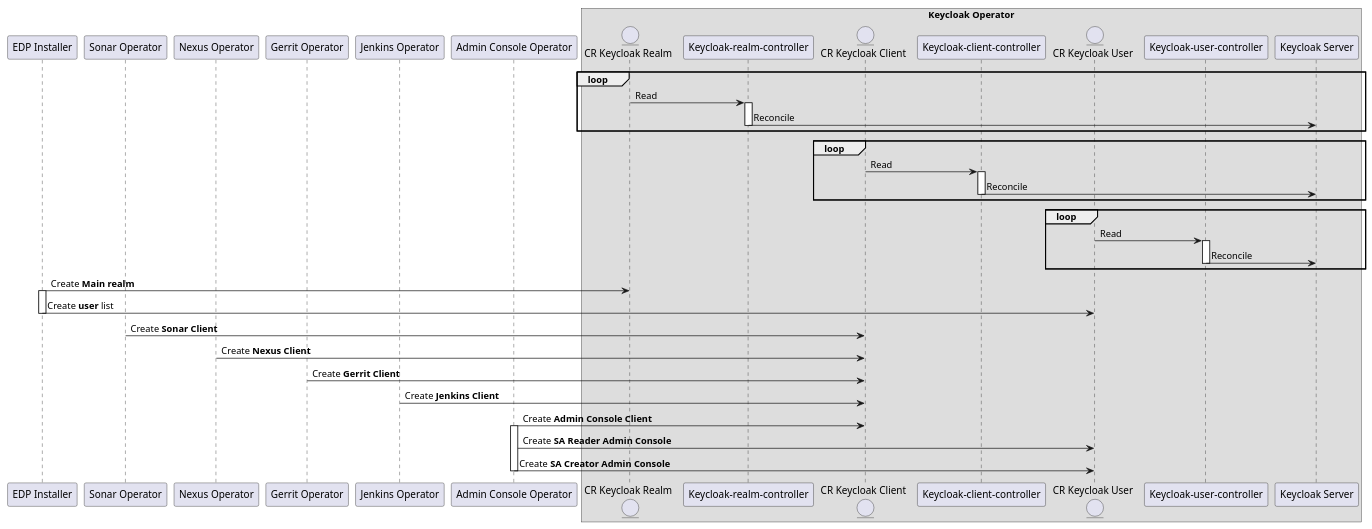
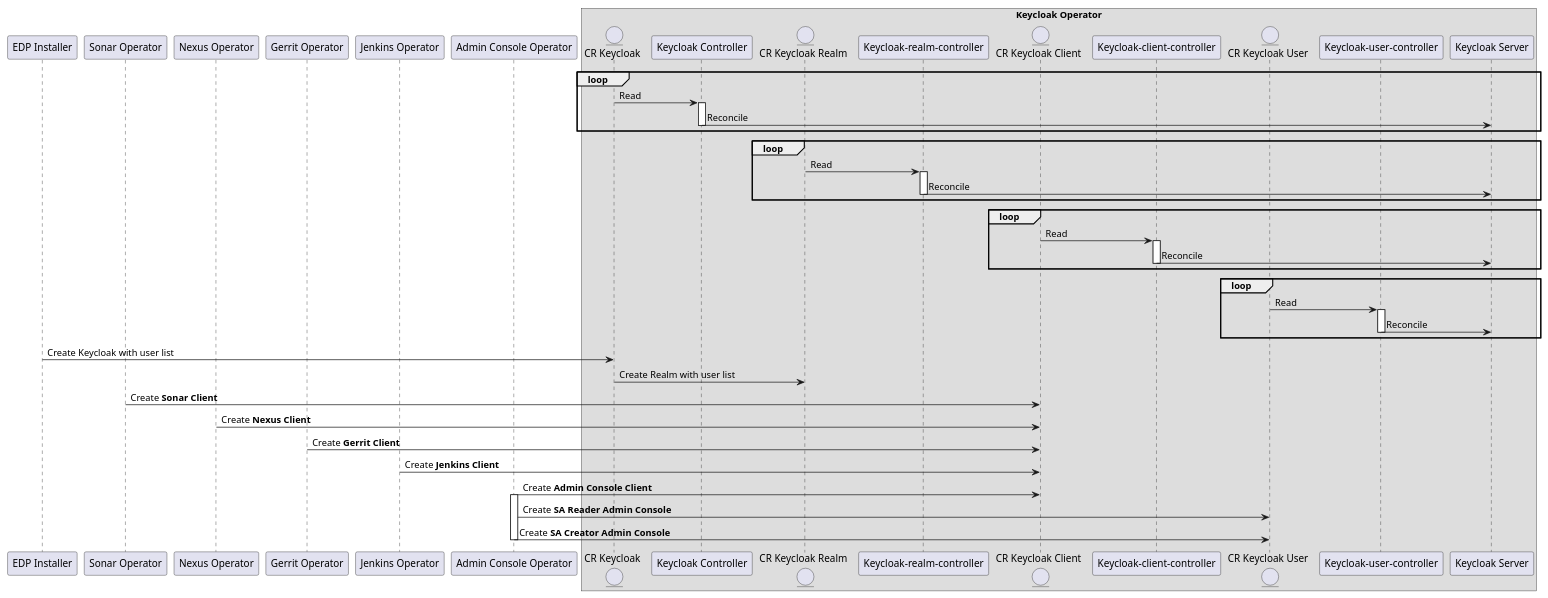
The diagram in module-based-acrhitecture/keycloak/keycloak-integration-to-be-general.puml (epam/edp-architecture), drawn with PlantUML before and after one commit. The commit also changed 1 other file, not shown here.

Commit message:
[EPMDEDP-2931] Add users to Keycloak and Keycloak realm cr

```diff
--- a/module-based-acrhitecture/keycloak/keycloak-integration-to-be-general.puml
+++ b/module-based-acrhitecture/keycloak/keycloak-integration-to-be-general.puml
@@ -1,58 +1,66 @@
 @startuml
 participant "EDP Installer" as edp
 participant "Sonar Operator" as sonar_operator
 participant "Nexus Operator" as nexus_operator
 participant "Gerrit Operator" as gerrit_operator
 participant "Jenkins Operator" as jenkins_operator
 participant "Admin Console Operator" as ac_operator
 
 box "Keycloak Operator"
+entity "CR Keycloak" as cr_keycloak
+participant "Keycloak Controller" as keycloak_controller
 entity "CR Keycloak Realm" as cr_realm
 participant "Keycloak-realm-controller" as keycloak_realm_controller
 entity "CR Keycloak Client" as cr_client
 participant "Keycloak-client-controller" as keycloak_client_controller
 entity "CR Keycloak User" as cr_user
 participant "Keycloak-user-controller" as keycloak_user_controller
 participant "Keycloak Server" as server
 end box
+
+loop
+cr_keycloak -> keycloak_controller: Read
+activate keycloak_controller
+keycloak_controller -> server: Reconcile
+deactivate keycloak_controller
+end
 
 loop
 cr_realm -> keycloak_realm_controller: Read
 activate keycloak_realm_controller
 keycloak_realm_controller -> server: Reconcile
 deactivate keycloak_realm_controller
 end
 
 loop
 cr_client -> keycloak_client_controller: Read
 activate keycloak_client_controller
 keycloak_client_controller -> server: Reconcile
 deactivate keycloak_client_controller
 end
 
 loop
 cr_user -> keycloak_user_controller: Read
 activate keycloak_user_controller
 keycloak_user_controller -> server: Reconcile
 deactivate keycloak_user_controller
 end
 
-edp -> cr_realm: Create **Main realm**
-activate edp
-edp -> cr_user: Create **user** list
-deactivate edp
+edp -> cr_keycloak: Create Keycloak with user list
+
+cr_keycloak -> cr_realm: Create Realm with user list
 
 sonar_operator -> cr_client: Create **Sonar Client**
 nexus_operator -> cr_client: Create **Nexus Client**
 gerrit_operator -> cr_client: Create **Gerrit Client**
 jenkins_operator -> cr_client: Create **Jenkins Client**
 ac_operator -> cr_client: Create **Admin Console Client**
 activate ac_operator
 
 ac_operator -> cr_user: Create **SA Reader Admin Console**
 ac_operator -> cr_user: Create **SA Creator Admin Console**
 deactivate ac_operator
 
 deactivate edp
 
 @enduml
```
